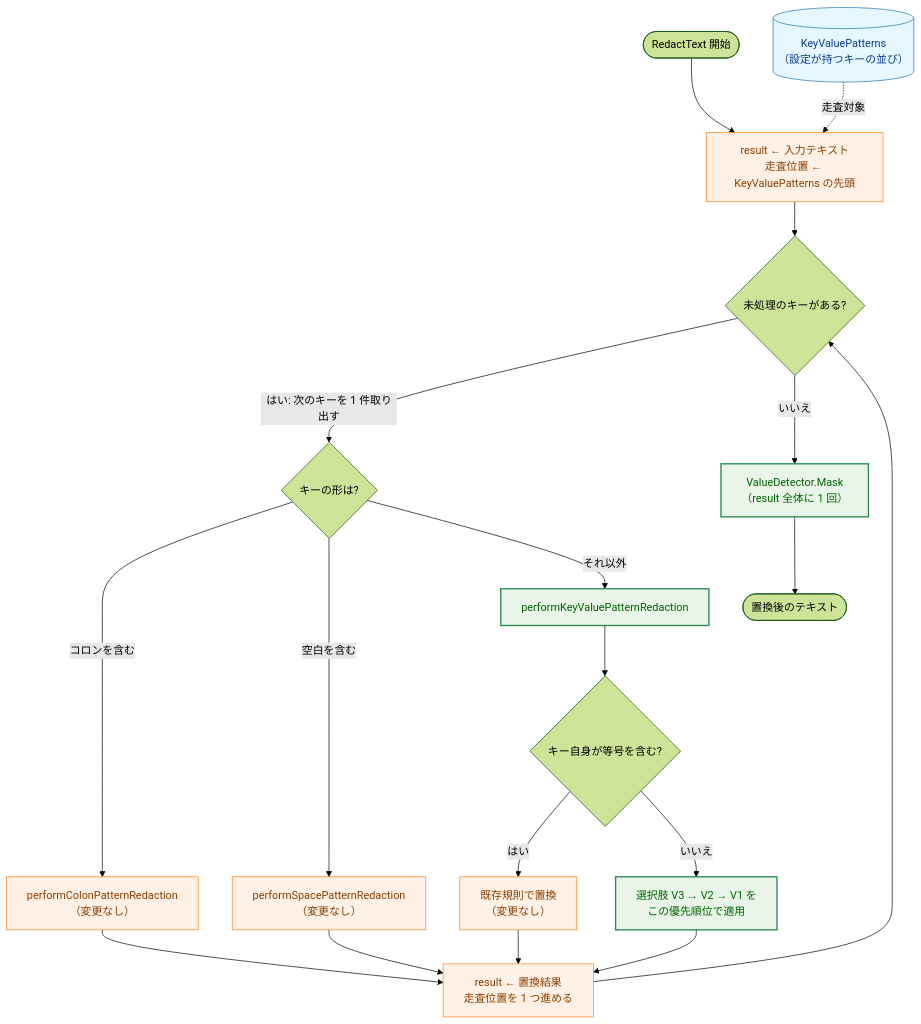
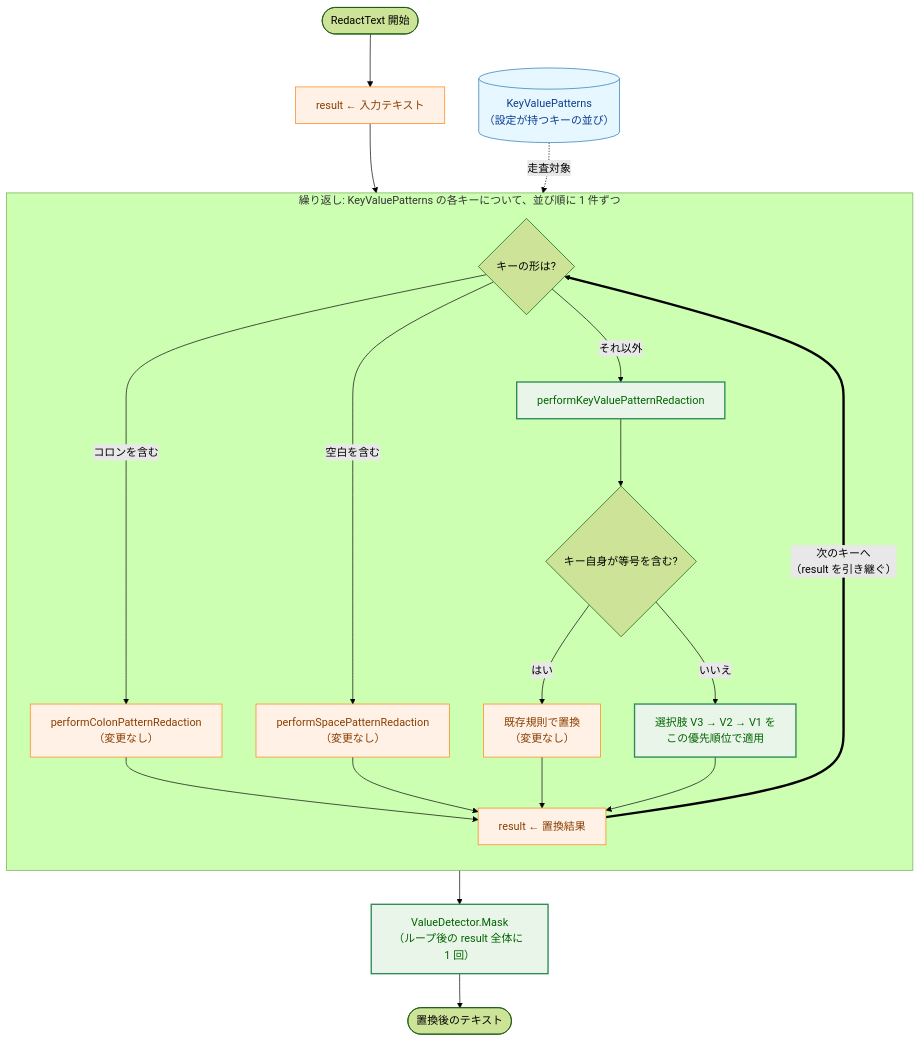
Before and after one commit to isseis/go-safe-cmd-runner: the eighth of 10 diagrams in docs/tasks/0163_redaction_coverage_and_slack_async/02_architecture.md, drawn with Mermaid (forest theme). The commit also changed other lines of this file, not shown here.

Commit message:
docs(0163): express the 6.1 key loop as a subgraph instead of a branch

````diff
--- a/docs/tasks/0163_redaction_coverage_and_slack_async/02_architecture.md
+++ b/docs/tasks/0163_redaction_coverage_and_slack_async/02_architecture.md
@@ -963,31 +963,35 @@
 ```mermaid
 flowchart TD
     classDef data fill:#e6f7ff,stroke:#1f77b4,stroke-width:1px,color:#0b3d91;
     classDef process fill:#fff1e6,stroke:#ff7f0e,stroke-width:1px,color:#8a3e00;
     classDef enhanced fill:#e8f5e8,stroke:#2e8b57,stroke-width:2px,color:#006400;
 
-    S(["RedactText 開始"]) --> INIT["result ← 入力テキスト<br>走査位置 ← KeyValuePatterns の先頭"]
-    KVP[("KeyValuePatterns<br>（設定が持つキーの並び）")] -.->|"走査対象"| INIT
-    INIT --> NEXT{"未処理のキーがある?"}
-    NEXT -->|"はい: 次のキーを 1 件取り出す"| BR{"キーの形は?"}
-    BR -->|"コロンを含む"| COLON["performColonPatternRedaction<br>（変更なし）"]
-    BR -->|"空白を含む"| SPACE["performSpacePatternRedaction<br>（変更なし）"]
-    BR -->|"それ以外"| KV["performKeyValuePatternRedaction"]
+    S(["RedactText 開始"]) --> INIT["result ← 入力テキスト"]
+    KVP[("KeyValuePatterns<br>（設定が持つキーの並び）")] -.->|"走査対象"| LOOP
+    INIT --> BR
 
-    KV --> EQ{"キー自身が等号を含む?"}
-    EQ -->|"はい"| KEEP["既存規則で置換<br>（変更なし）"]
-    EQ -->|"いいえ"| FORM["選択肢 V3 → V2 → V1 を<br>この優先順位で適用"]
+    subgraph LOOP["繰り返し: KeyValuePatterns の各キーについて、並び順に 1 件ずつ"]
+        direction TB
+        BR{"キーの形は?"}
+        BR -->|"コロンを含む"| COLON["performColonPatternRedaction<br>（変更なし）"]
+        BR -->|"空白を含む"| SPACE["performSpacePatternRedaction<br>（変更なし）"]
+        BR -->|"それ以外"| KV["performKeyValuePatternRedaction"]
 
-    COLON --> UPD["result ← 置換結果<br>走査位置を 1 つ進める"]
-    SPACE --> UPD
-    KEEP --> UPD
-    FORM --> UPD
-    UPD --> NEXT
+        KV --> EQ{"キー自身が等号を含む?"}
+        EQ -->|"はい"| KEEP["既存規則で置換<br>（変更なし）"]
+        EQ -->|"いいえ"| FORM["選択肢 V3 → V2 → V1 を<br>この優先順位で適用"]
 
-    NEXT -->|"いいえ"| VD["ValueDetector.Mask<br>（result 全体に 1 回）"]
+        COLON --> UPD["result ← 置換結果"]
+        SPACE --> UPD
+        KEEP --> UPD
+        FORM --> UPD
+        UPD ==>|"次のキーへ<br>（result を引き継ぐ）"| BR
+    end
+
+    UPD --> VD["ValueDetector.Mask<br>（ループ後の result 全体に 1 回）"]
     VD --> E(["置換後のテキスト"])
 
     class KVP data
     class KV,FORM,VD enhanced
     class COLON,SPACE,KEEP,INIT,UPD process
 ```
````
